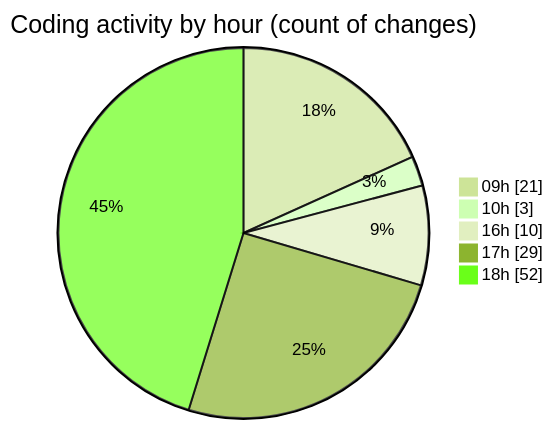
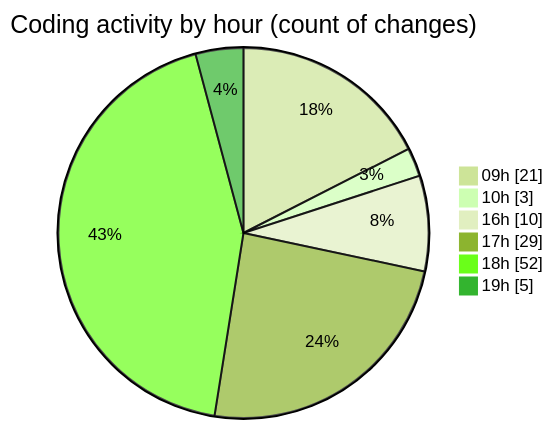
One commit to momahboobian/code-tracking changed the second of 2 diagrams in 2025-12-17/cda/README.md. Above: the diagram before and after it, drawn with Mermaid (forest theme). The commit also changed other lines of this file and 1 other file, not shown here.

````diff
--- a/2025-12-17/cda/README.md
+++ b/2025-12-17/cda/README.md
@@ -65,9 +65,10 @@
 ```mermaid
 pie showData
 title Coding activity by hour (count of changes)
 "09h" : 21
 "10h" : 3
 "16h" : 10
 "17h" : 29
 "18h" : 52
+"19h" : 5
 ```
````
